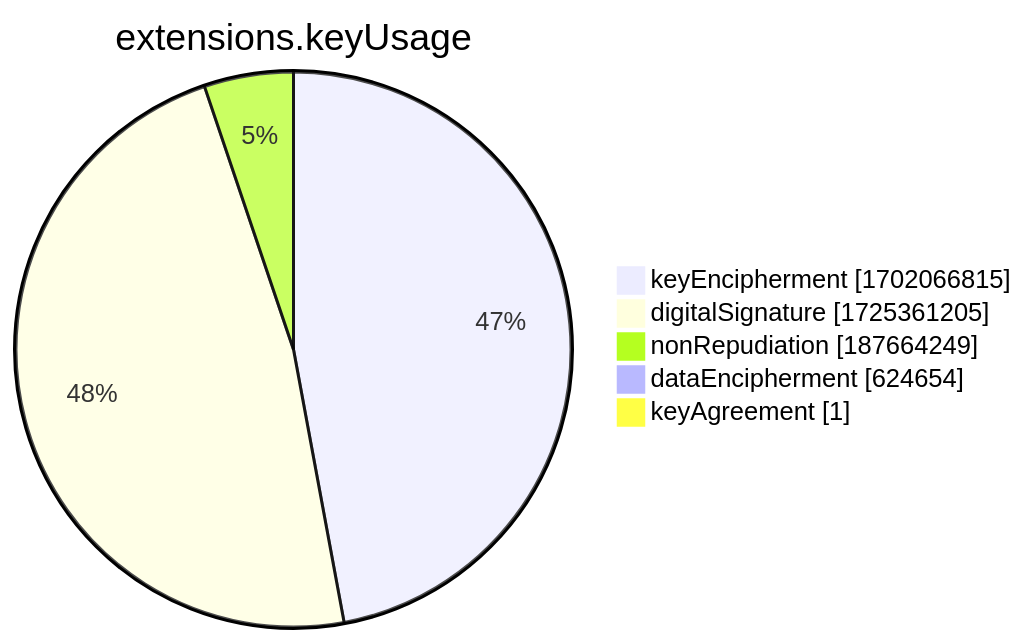
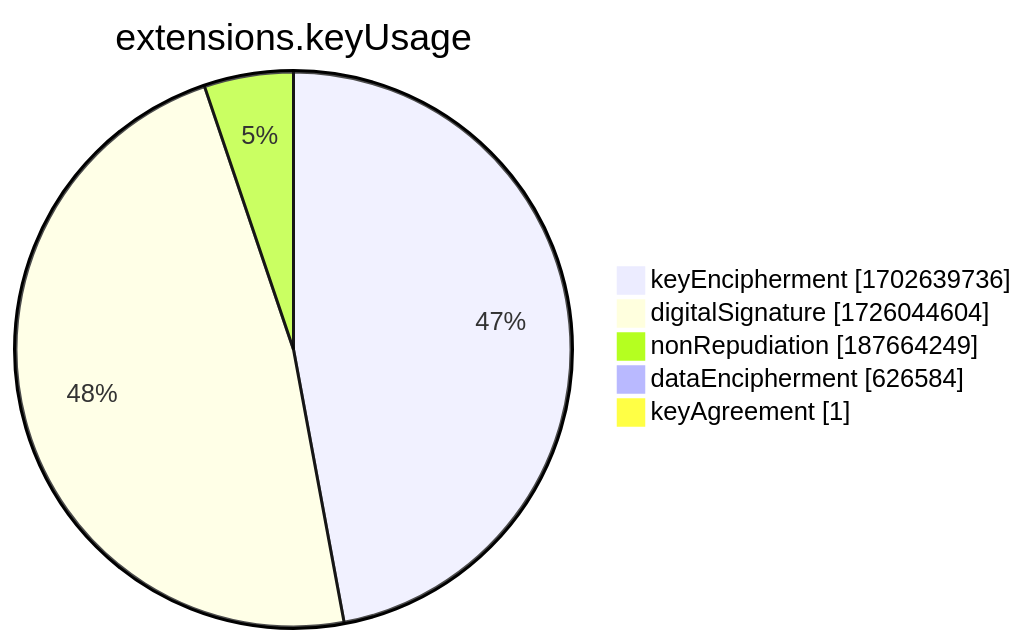
Before and after one commit to christiankrug/ctmonitor_visualization: the seventh of 15 diagrams in xenon2022/README.md, drawn with Mermaid. The commit also changed other lines of this file, not shown here.

````diff
--- a/xenon2022/README.md
+++ b/xenon2022/README.md
@@ -2858,9 +2858,9 @@
 ```mermaid
 pie showData
 title extensions.keyUsage
-"keyEncipherment" :1702066815
-"digitalSignature" :1725361205
+"keyEncipherment" :1702639736
+"digitalSignature" :1726044604
 "nonRepudiation" :187664249
-"dataEncipherment" :624654
+"dataEncipherment" :626584
 "keyAgreement" :1
 ```
````
